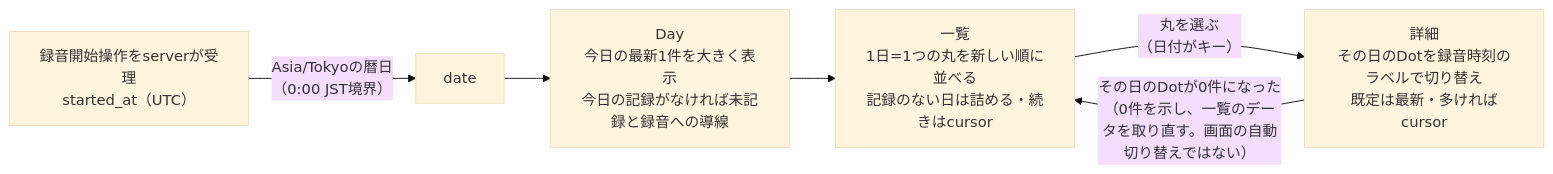
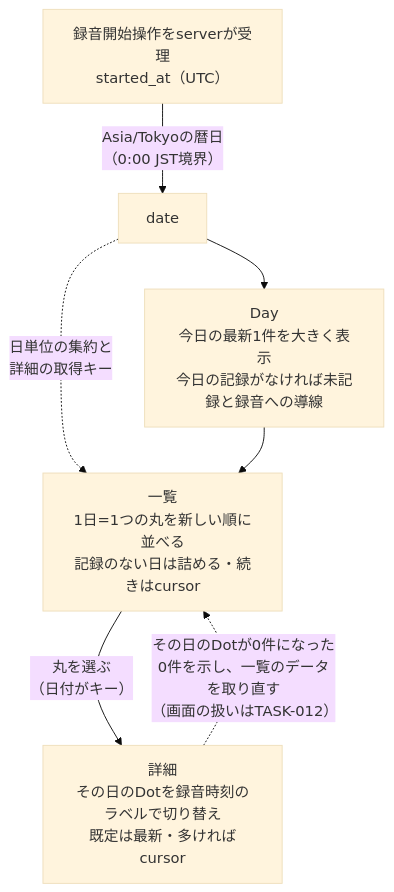
One commit to FujieMasaki/fod-app changed the diagram in docs/dot-history.md. Above: the diagram before and after it, drawn with Mermaid (base theme). The commit also changed other lines of this file and 1 other file, not shown here.

Commit message:
docs: 図がTASK-012の判断を先取りしないようにし、補足を参照に縮める - dot-history.mdの0件の矢印から「画面の自動切り替えではない」を外し、点線で「データの取り直し・画面の扱いはTASK-012」とした。route構成と0件の挙動はTASK-004 PlanでTASK-012に任されている（サブエージェントの指摘） - dateから一覧への点線を足し、dateが日単位の集約と詳細の取得キーにも使われることを示した。ラベルが切れないよう図を縦向きにした - privacy.mdの図の下で5-1を書き写していた段落を、5-1と5-2への参照だけにした - 処理の取り消しが端末の要求から始まることを図に足した
Claude-Session: https://claude.ai/code/session_01KTEi7nzin7t41k1wbo4Bbr

````diff
--- a/docs/dot-history.md
+++ b/docs/dot-history.md
@@ -105,9 +105,10 @@
 ```mermaid
-flowchart LR
+flowchart TB
     Rec["録音開始操作をserverが受理<br/>started_at（UTC）"] -->|"Asia/Tokyoの暦日<br/>（0:00 JST境界）"| Date["date"]
     Date --> Day
+    Date -.->|"日単位の集約と<br/>詳細の取得キー"| List
     Day["Day<br/>今日の最新1件を大きく表示<br/>今日の記録がなければ未記録と録音への導線"] --> List
     List["一覧<br/>1日=1つの丸を新しい順に並べる<br/>記録のない日は詰める・続きはcursor"] -->|"丸を選ぶ<br/>（日付がキー）"| Detail
     Detail["詳細<br/>その日のDotを録音時刻のラベルで切り替え<br/>既定は最新・多ければcursor"]
-    Detail -->|"その日のDotが0件になった<br/>（0件を示し、一覧のデータを取り直す。画面の自動切り替えではない）"| List
+    Detail -.->|"その日のDotが0件になった<br/>0件を示し、一覧のデータを取り直す<br/>（画面の扱いはTASK-012）"| List
 ```
````
